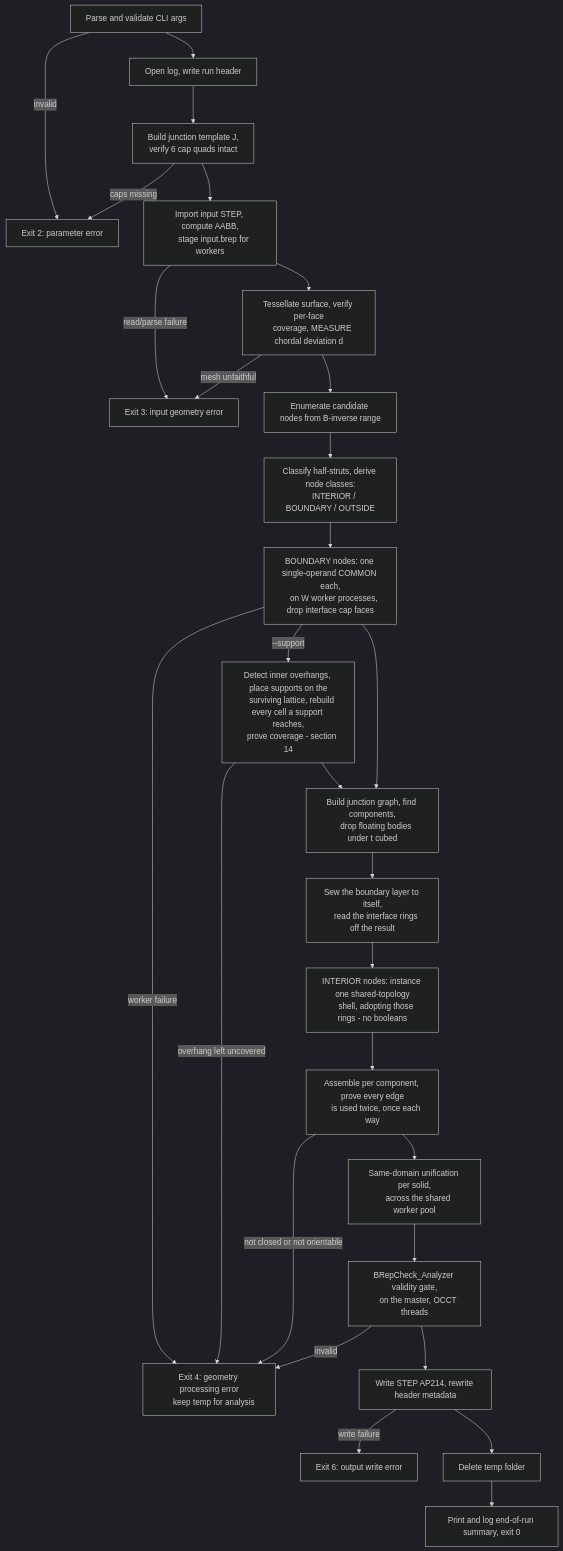
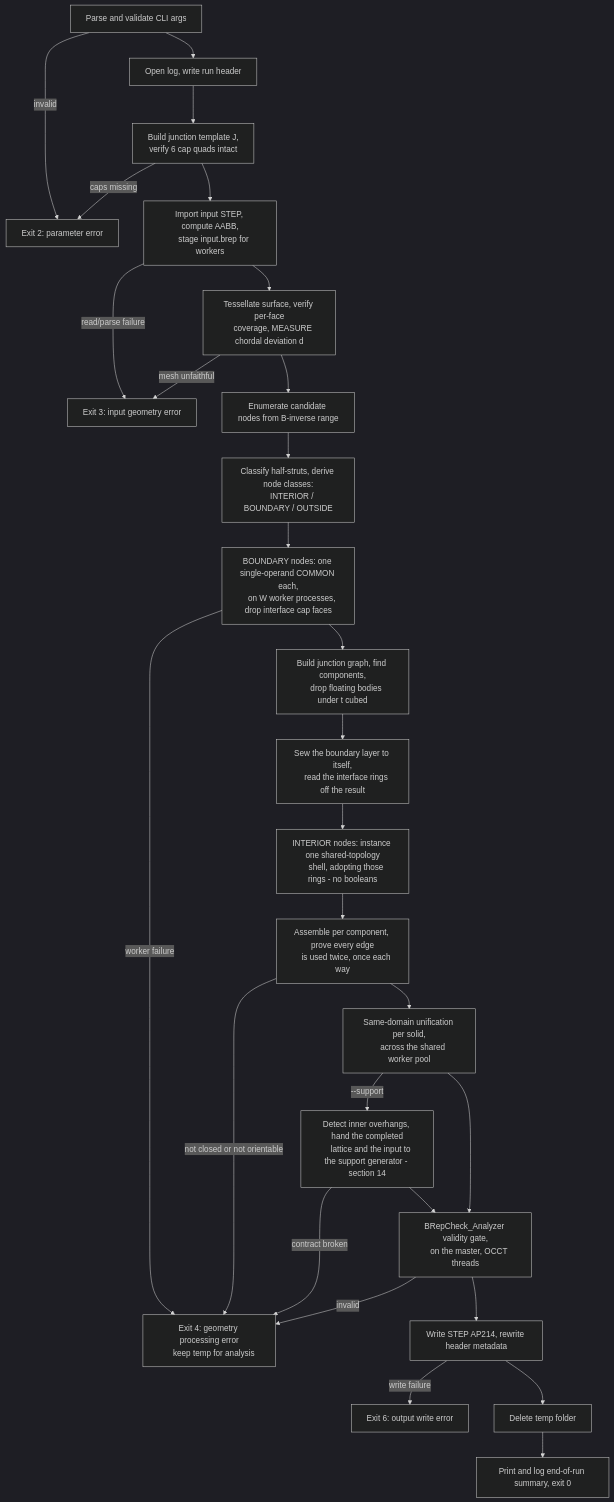
Before and after one commit to arnego/latticegen2: the first of 2 diagrams in docs/algorithm.md, drawn with Mermaid (dark theme). The commit also changed other lines of this file and 19 other files, not shown here.

````diff
--- a/docs/algorithm.md
+++ b/docs/algorithm.md
@@ -203,44 +203,43 @@
 ```mermaid
 flowchart TD
     A[Parse and validate CLI args] -->|invalid| E1[Exit 2: parameter error]
     A --> B[Open log, write run header]
     B --> C[Build junction template J,
     verify 6 cap quads intact]
     C -->|caps missing| E1
     C --> D[Import input STEP, compute AABB,
     stage input.brep for workers]
     D -->|read/parse failure| E2[Exit 3: input geometry error]
     D --> F[Tessellate surface, verify per-face
     coverage, MEASURE chordal deviation d]
     F -->|mesh unfaithful| E2
     F --> G[Enumerate candidate nodes from B-inverse range]
     G --> H[Classify half-struts, derive node classes:
     INTERIOR / BOUNDARY / OUTSIDE]
     H --> I[BOUNDARY nodes: one single-operand COMMON each,
     on W worker processes, drop interface cap faces]
     I -->|worker failure| E3[Exit 4: geometry processing error
     keep temp for analysis]
-    I -->|--support| SU[Detect inner overhangs, place supports on the
-    surviving lattice, rebuild every cell a support reaches,
-    prove coverage - section 14]
-    SU -->|overhang left uncovered| E3
-    SU --> J
     I --> J[Build junction graph, find components,
     drop floating bodies under t cubed]
     J --> K[Sew the boundary layer to itself,
     read the interface rings off the result]
     K --> L[INTERIOR nodes: instance one shared-topology
     shell, adopting those rings - no booleans]
     L --> M0[Assemble per component, prove every edge
     is used twice, once each way]
     M0 -->|not closed or not orientable| E3
     M0 --> S[Same-domain unification per solid,
     across the shared worker pool]
+    S -->|--support| SU[Detect inner overhangs, hand the completed
+    lattice and the input to the support generator - section 14]
+    SU -->|contract broken| E3
+    SU --> M
     S --> M[BRepCheck_Analyzer validity gate,
     on the master, OCCT threads]
     M -->|invalid| E3
     M --> N[Write STEP AP214, rewrite header metadata]
     N -->|write failure| E4[Exit 6: output write error]
     N --> P[Delete temp folder]
     P --> Q[Print and log end-of-run summary, exit 0]
 ```
````
